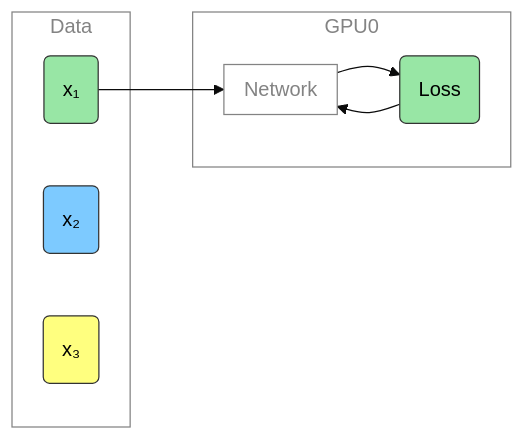
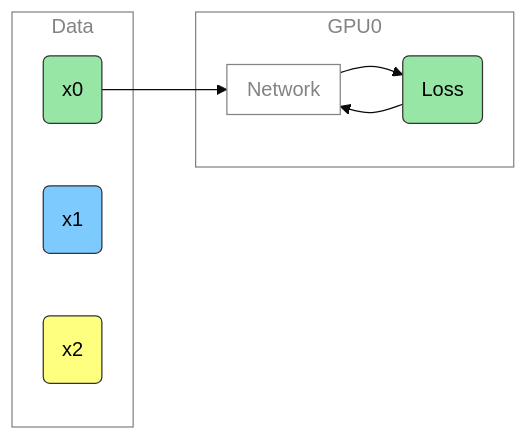
The second of 17 diagrams in talks/ai-for-science-2024/index.qmd (saforem2/personal_site), drawn with Mermaid (base theme) before and after one commit. The commit also changed other lines of this file and 9 other files, not shown here.

````diff
--- a/talks/ai-for-science-2024/index.qmd
+++ b/talks/ai-for-science-2024/index.qmd
@@ -210,30 +211,30 @@
 ```{mermaid}
 flowchart LR
     subgraph G0["`GPU0`"]
         subgraph N0["`Network`"]
         end
         L0("`Loss`")
     end
     subgraph D["`Data`"]
-        x("`x₁`")
-        x1("`x₂`")
-        x2("`x₃`")
+        x("`x0`")
+        x1("`x1`")
+        x2("`x2`")
     end
     x --> N0
     N0 --> L0
     L0 --> N0
 classDef block fill:#CCCCCC02,stroke:#838383,stroke-width:1px,color:#838383
 classDef red fill:#ff8181,stroke:#333,stroke-width:1px,color:#000
 classDef grey fill:#cccccc,stroke:#333,stroke-width:1px,color:#000
 classDef orange fill:#FFC47F,stroke:#333,stroke-width:1px,color:#000
 classDef yellow fill:#FFFF7F,stroke:#333,stroke-width:1px,color:#000
 classDef green fill:#98E6A5,stroke:#333,stroke-width:1px,color:#000
 classDef blue fill:#7DCAFF,stroke:#333,stroke-width:1px,color:#000
 classDef purple fill:#FFCBE6,stroke:#333,stroke-width:1px,color:#000
 classDef text fill:#CCCCCC02,stroke:#838383,stroke-width:0px,color:#838383
 class x,L0 green
 class x1, blue
 class x2, yellow
 class x3, grey
 class N0,D,G0,n0 block
 ```
````
